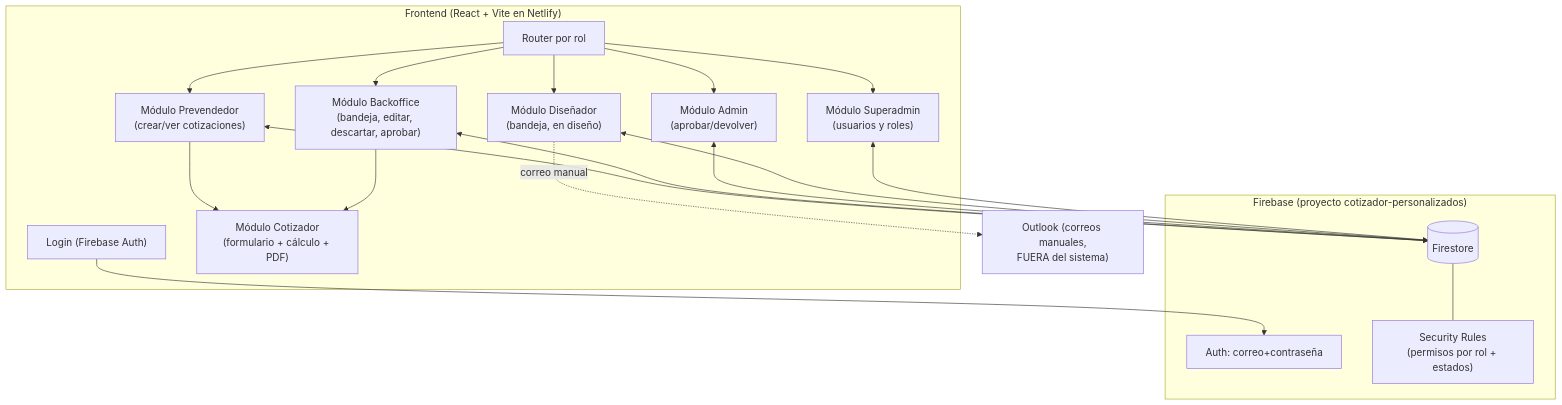
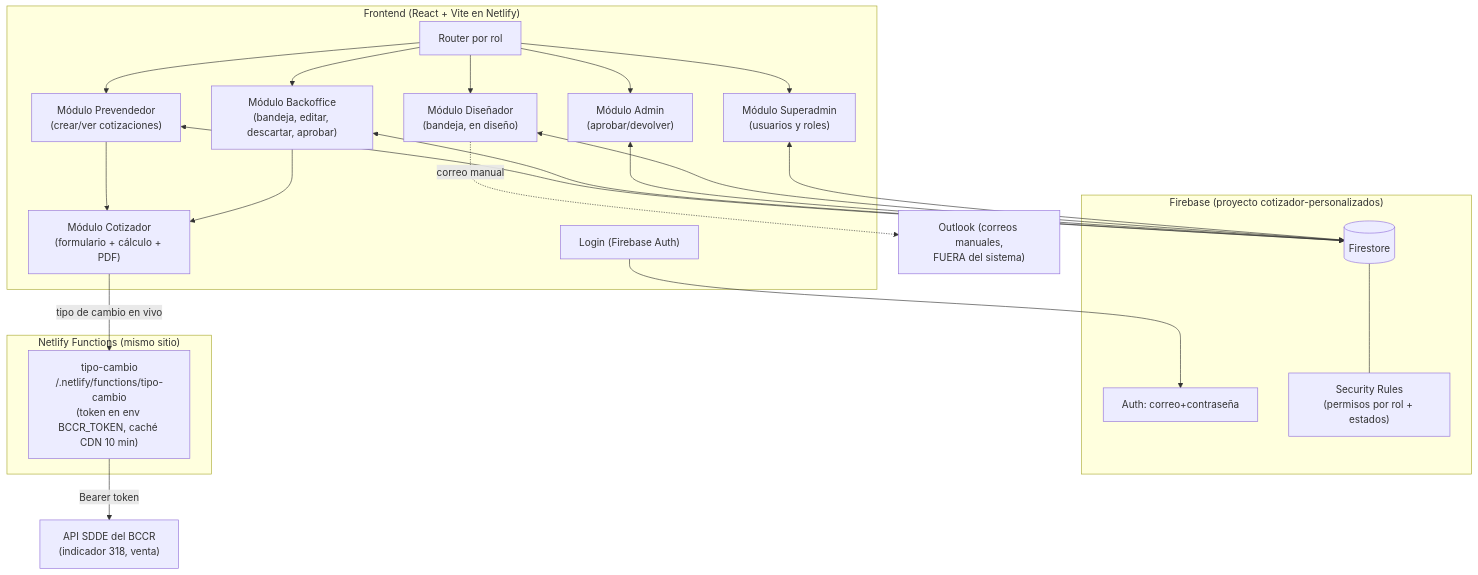
One commit to empaquesbelen/personalizados_eb changed the first of 2 diagrams in docs/MAPA_SISTEMA.md. Above: the diagram before and after it, drawn with Mermaid. The commit also changed other lines of this file and 13 other files, not shown here.

````diff
--- a/docs/MAPA_SISTEMA.md
+++ b/docs/MAPA_SISTEMA.md
@@ -9,29 +9,36 @@
 ```mermaid
 flowchart TB
     subgraph Cliente["Frontend (React + Vite en Netlify)"]
         Auth["Login (Firebase Auth)"]
         Router["Router por rol"]
         MPrev["Módulo Prevendedor<br/>(crear/ver cotizaciones)"]
         MBack["Módulo Backoffice<br/>(bandeja, editar, descartar, aprobar)"]
         MAdmin["Módulo Admin<br/>(aprobar/devolver)"]
         MDis["Módulo Diseñador<br/>(bandeja, en diseño)"]
         MSuper["Módulo Superadmin<br/>(usuarios y roles)"]
         MCotiz["Módulo Cotizador<br/>(formulario + cálculo + PDF)"]
     end
 
     subgraph Firebase["Firebase (proyecto cotizador-personalizados)"]
         FAuth["Auth: correo+contraseña"]
         FS[("Firestore")]
         Rules["Security Rules<br/>(permisos por rol + estados)"]
     end
 
+    subgraph NetlifyFn["Netlify Functions (mismo sitio)"]
+        FnTC["tipo-cambio<br/>/.netlify/functions/tipo-cambio<br/>(token en env BCCR_TOKEN, caché CDN 10 min)"]
+    end
+
+    BCCR["API SDDE del BCCR<br/>(indicador 318, venta)"]
     Ext["Outlook (correos manuales,<br/>FUERA del sistema)"]
 
     Auth --> FAuth
     Router --> MPrev & MBack & MAdmin & MDis & MSuper
     MPrev --> MCotiz
     MBack --> MCotiz
     MPrev & MBack & MAdmin & MDis & MSuper <--> FS
     FS --- Rules
+    MCotiz -- tipo de cambio en vivo --> FnTC
+    FnTC -- Bearer token --> BCCR
     MDis -.correo manual.-> Ext
 ```
````
